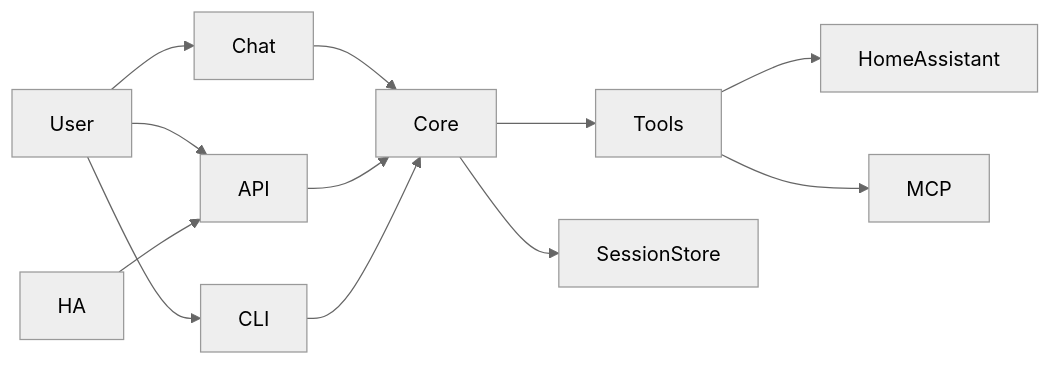
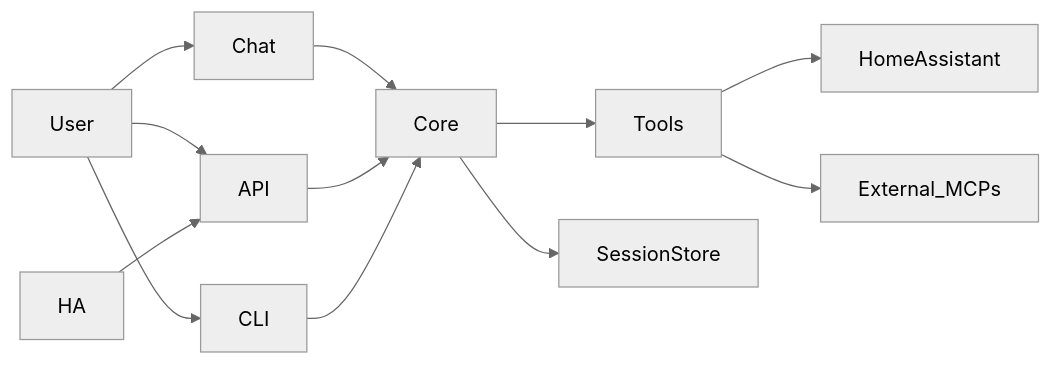
One commit to bearlike/Assistant changed the diagram in README.md. Above: the diagram before and after it, drawn with Mermaid (neutral theme). The commit also changed other lines of this file and 163 other files, not shown here.

````diff
--- a/README.md
+++ b/README.md
@@ -85,14 +101,14 @@
 ```mermaid
 flowchart LR
   User --> Chat
   User --> API
   HA --> API
   User --> CLI
   Chat --> Core
   API --> Core
   CLI --> Core
   Core --> Tools
   Tools --> HomeAssistant
-  Tools --> MCP
+  Tools --> External_MCPs
   Core --> SessionStore
 ```
````
